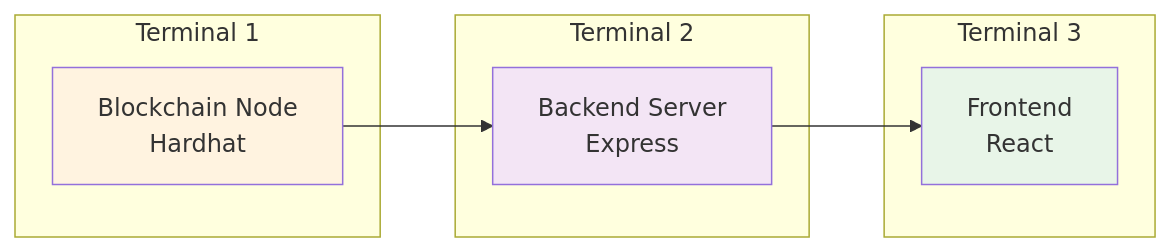
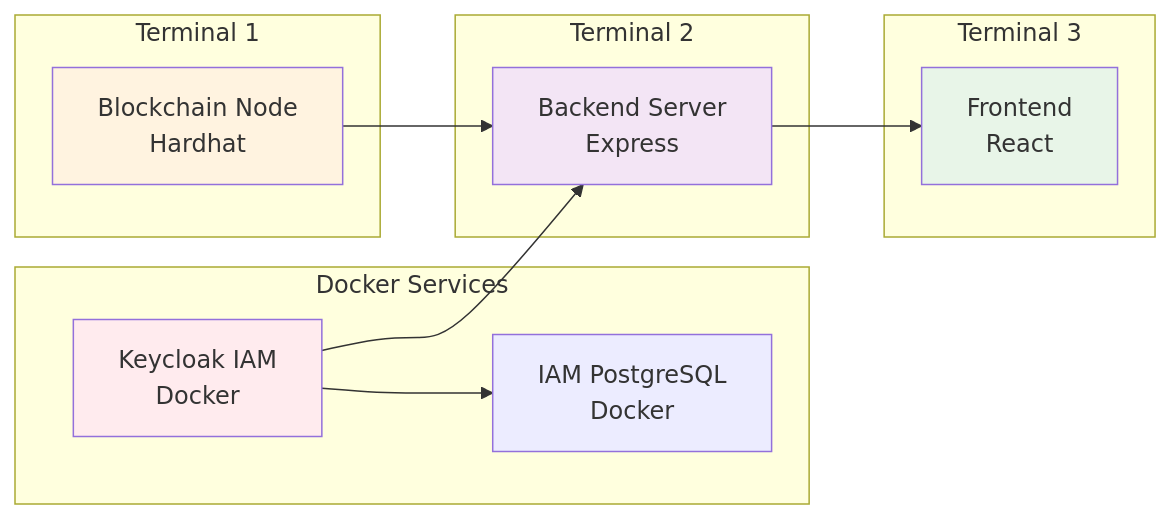
Before and after one commit to gitmujoshi/Confidential-AI-Network: the third of 3 diagrams in SETUP_GUIDE.md, drawn with Mermaid. The commit also changed other lines of this file and 6 other files, not shown here.

First line of the commit message:
docs: update all documentation with Keycloak IAM integration features

````diff
--- a/SETUP_GUIDE.md
+++ b/SETUP_GUIDE.md
@@ -146,21 +180,29 @@
 ```mermaid
 graph LR
+    subgraph "Docker Services"
+        KC[Keycloak IAM<br/>Docker]
+        KP[IAM PostgreSQL<br/>Docker]
+    end
+    
     subgraph "Terminal 1"
         BC[Blockchain Node<br/>Hardhat]
     end
     
     subgraph "Terminal 2"
         BE[Backend Server<br/>Express]
     end
     
     subgraph "Terminal 3"
         FE[Frontend<br/>React]
     end
     
+    KC --> KP
+    KC --> BE
     BC --> BE
     BE --> FE
     
+    style KC fill:#ffebee
     style BC fill:#fff3e0
     style BE fill:#f3e5f5
     style FE fill:#e8f5e8
 ```
````
